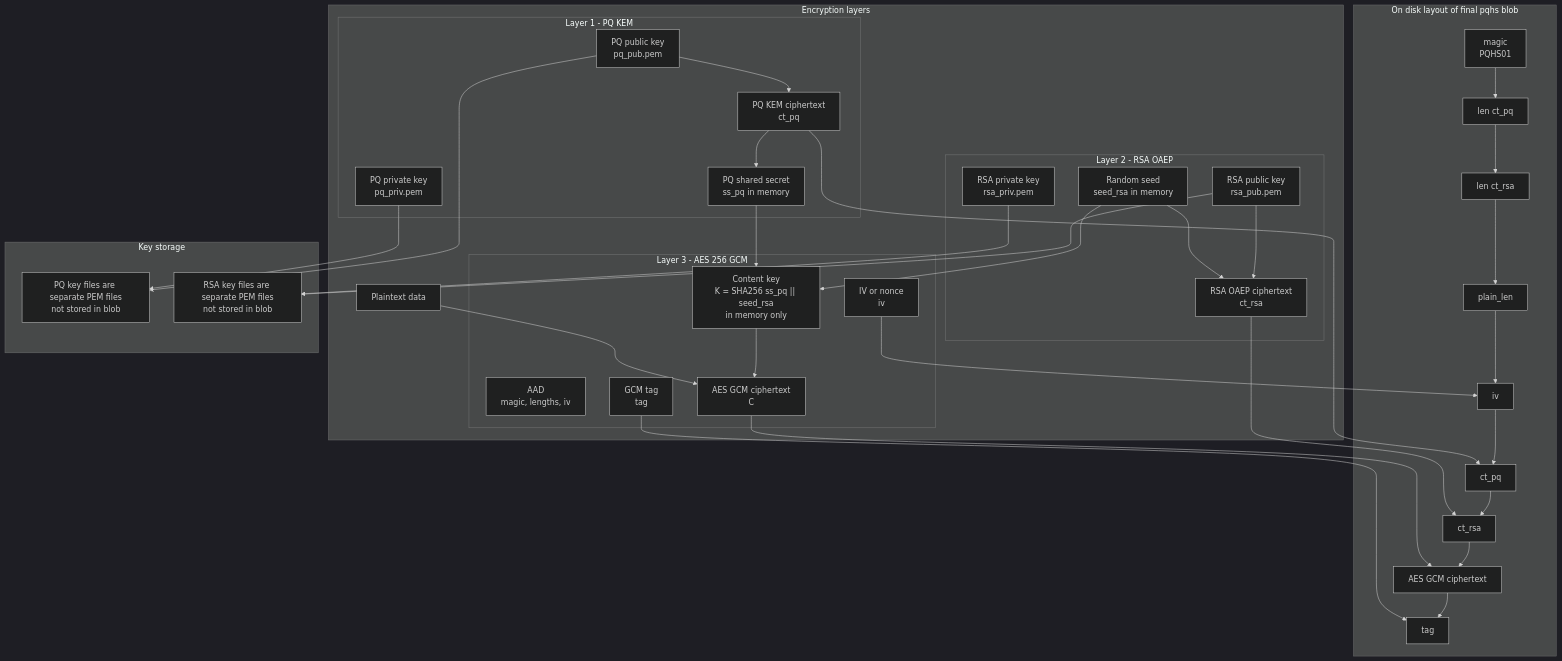
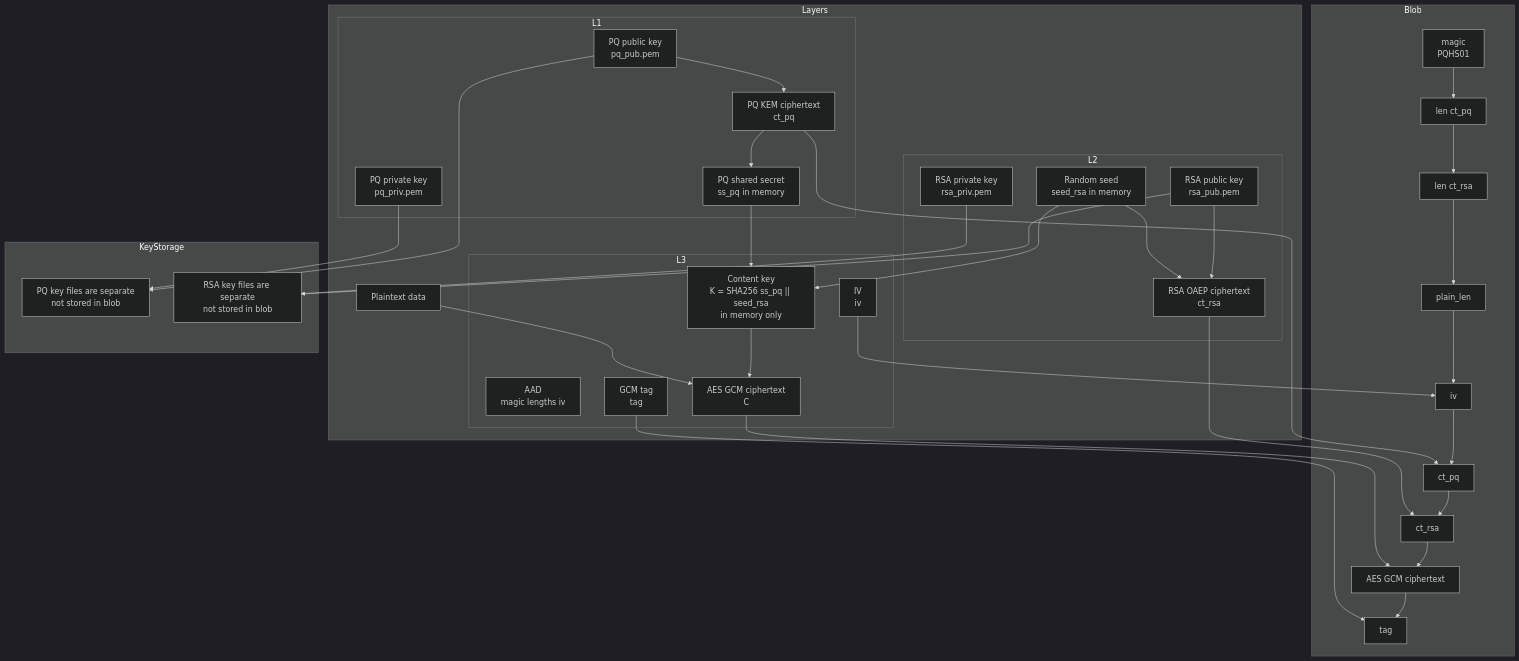
Before and after one commit to wordswords/stoic: the third of 5 diagrams in README.md, drawn with Mermaid (dark theme). The commit also changed other lines of this file, not shown here.

````diff
--- a/README.md
+++ b/README.md
@@ -967,63 +967,64 @@
 ```mermaid
 flowchart TD
-    subgraph Layers["Encryption layers"]
+    subgraph Layers
         P["Plaintext data"]
 
-        subgraph L1["Layer 1 - PQ KEM"]
+        subgraph L1
             PQPUB["PQ public key\npq_pub.pem"]
             PQPRIV["PQ private key\npq_priv.pem"]
             PQCT["PQ KEM ciphertext\nct_pq"]
             PQSS["PQ shared secret\nss_pq in memory"]
         end
 
-        subgraph L2["Layer 2 - RSA OAEP"]
+        subgraph L2
             RSAPUB["RSA public key\nrsa_pub.pem"]
             RSAPRIV["RSA private key\nrsa_priv.pem"]
             RSASEED["Random seed\nseed_rsa in memory"]
             RSACT["RSA OAEP ciphertext\nct_rsa"]
         end
 
-        subgraph L3["Layer 3 - AES 256 GCM"]
+        subgraph L3
             KEY["Content key\nK = SHA256 ss_pq || seed_rsa\nin memory only"]
-            IV["IV or nonce\niv"]
-            AAD["AAD\nmagic, lengths, iv"]
+            IV["IV\niv"]
+            AAD["AAD\nmagic lengths iv"]
             CIPH["AES GCM ciphertext\nC"]
             TAG["GCM tag\ntag"]
         end
     end
 
-    subgraph Blob["On disk layout of final pqhs blob"]
+    subgraph Blob
         M["magic\nPQHS01"] --> LQ["len ct_pq"]
         LQ --> LR["len ct_rsa"]
         LR --> PL["plain_len"]
         PL --> BIV["iv"]
         BIV --> BPQ["ct_pq"]
         BPQ --> BRSA["ct_rsa"]
         BRSA --> BC["AES GCM ciphertext"]
         BC --> BT["tag"]
     end
 
-    subgraph Storage["Key storage"]
-        KS1["PQ key files are separate PEM files\nnot stored in blob"]
-        KS2["RSA key files are separate PEM files\nnot stored in blob"]
+    subgraph KeyStorage
+        KS1["PQ key files are separate\nnot stored in blob"]
+        KS2["RSA key files are separate\nnot stored in blob"]
     end
 
     PQPUB --> PQCT
     PQCT --> PQSS
     RSAPUB --> RSACT
     RSASEED --> RSACT
     PQSS --> KEY
     RSASEED --> KEY
     KEY --> CIPH
     P --> CIPH
+
     IV --> BIV
     PQCT --> BPQ
     RSACT --> BRSA
     CIPH --> BC
     TAG --> BT
 
     PQPUB --> KS1
     PQPRIV --> KS1
     RSAPUB --> KS2
     RSAPRIV --> KS2
 ```
````
